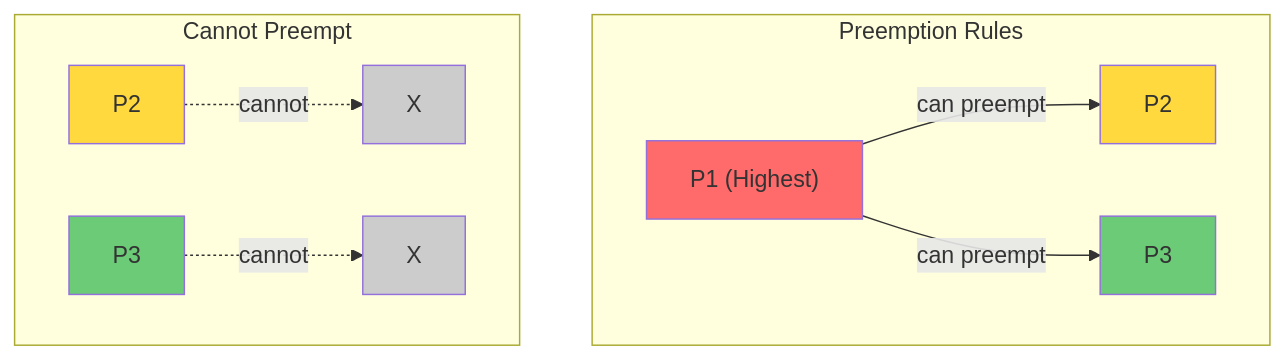
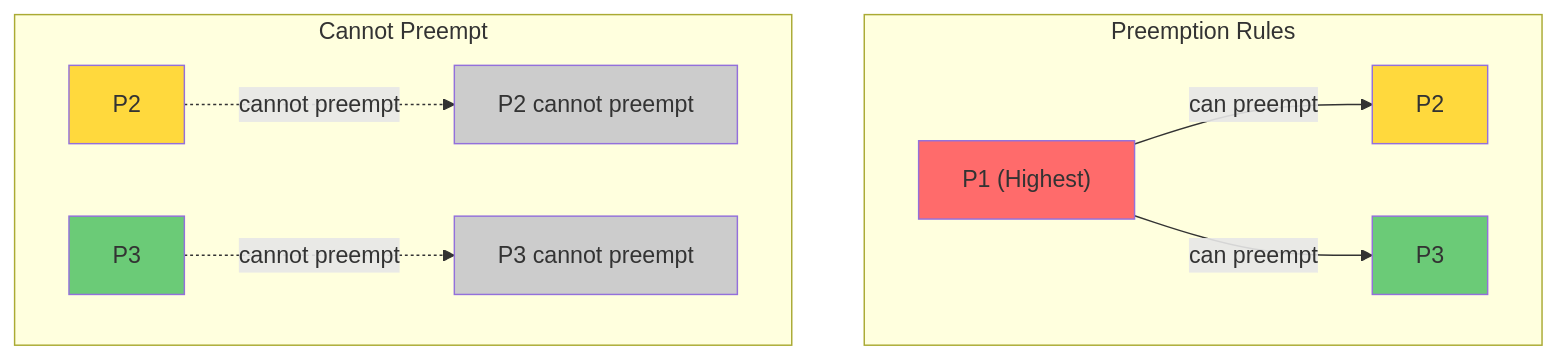
Diagram 11 of 19 in docs/priority-and-concurrency.md (findelst/llm-proxy-gigachat), drawn with Mermaid before and after one commit. The commit also changed other lines of this file and 26 other files, not shown here.

First line of the commit message:
refactor(queue): simplify queue architecture from 22 to 8 files

````diff
--- a/docs/priority-and-concurrency.md
+++ b/docs/priority-and-concurrency.md
@@ -351,22 +351,22 @@
 ```mermaid
 flowchart TB
     subgraph rules["Preemption Rules"]
         direction LR
         P1["P1 (Highest)"] -->|"can preempt"| P2a["P2"]
         P1 -->|"can preempt"| P3a["P3"]
     end
 
     subgraph cannot["Cannot Preempt"]
         direction LR
-        P2["P2"] -.->|"cannot"| X1["X"]
-        P3["P3"] -.->|"cannot"| X2["X"]
+        P2["P2"] -.->|"cannot preempt"| X1["P2 cannot preempt"]
+        P3["P3"] -.->|"cannot preempt"| X2["P3 cannot preempt"]
     end
 
     style P1 fill:#ff6b6b
     style P2 fill:#ffd93d
     style P3 fill:#6bcb77
     style P2a fill:#ffd93d
     style P3a fill:#6bcb77
     style X1 fill:#ccc
     style X2 fill:#ccc
 ```
````
